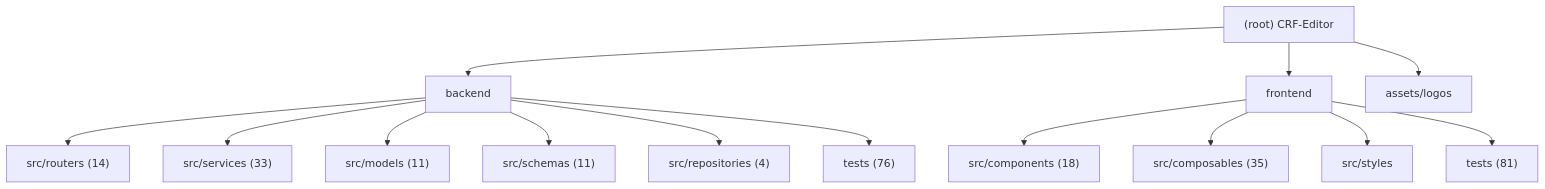
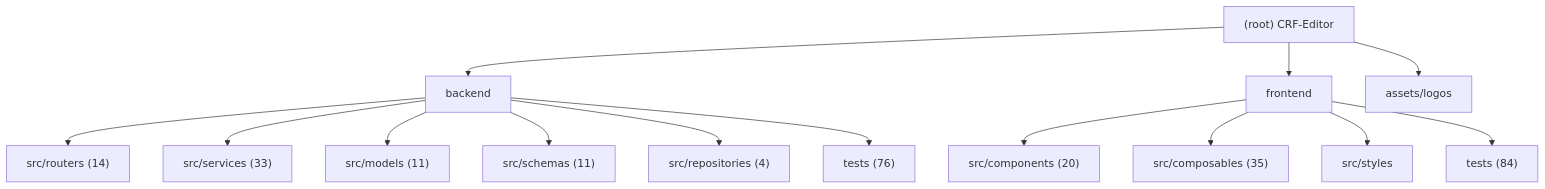
Before and after one commit to decade6666/CRF-Editor: the diagram in .claude/CLAUDE.md, drawn with Mermaid. The commit also changed other lines of this file and 5 other files, not shown here.

````diff
--- a/.claude/CLAUDE.md
+++ b/.claude/CLAUDE.md
@@ -15,19 +15,19 @@
 ```mermaid
 graph TD
     A["(root) CRF-Editor"] --> B["backend"];
     B --> B1["src/routers (14)"];
     B --> B2["src/services (33)"];
     B --> B3["src/models (11)"];
     B --> B4["src/schemas (11)"];
     B --> B5["src/repositories (4)"];
     B --> B6["tests (76)"];
     A --> C["frontend"];
-    C --> C1["src/components (18)"];
+    C --> C1["src/components (20)"];
     C --> C2["src/composables (35)"];
     C --> C3["src/styles"];
-    C --> C4["tests (81)"];
+    C --> C4["tests (84)"];
     A --> D["assets/logos"];
 
     click B "./backend/.claude/CLAUDE.md" "View backend module docs"
     click C "./frontend/.claude/CLAUDE.md" "View frontend module docs"
 ```
````
